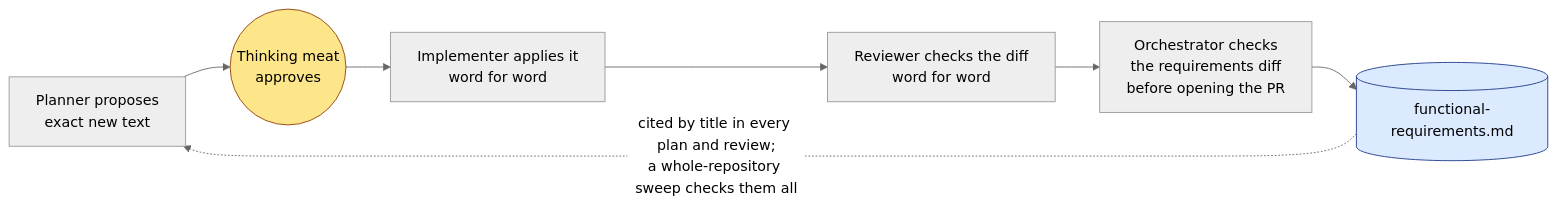
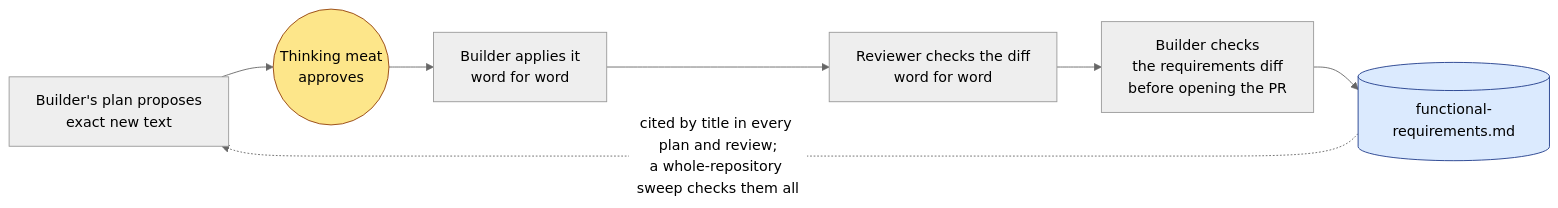
The third of 5 diagrams in .claude/skills/README.md (kkestell/ox), drawn with Mermaid (neutral theme) before and after one commit. The commit also changed other lines of this file and 6 other files, not shown here.

First line of the commit message:
Plan and implement in the top-level session, and review only what needs it (#120)

````diff
--- a/.claude/skills/README.md
+++ b/.claude/skills/README.md
@@ -80,14 +71,14 @@
 ```mermaid
 flowchart LR
-    Plan["Planner proposes<br/>exact new text"] --> You(("Thinking meat<br/>approves"))
-    You --> Work["Implementer applies it<br/>word for word"]
+    Plan["Builder's plan proposes<br/>exact new text"] --> You(("Thinking meat<br/>approves"))
+    You --> Work["Builder applies it<br/>word for word"]
     Work --> Review["Reviewer checks the diff<br/>word for word"]
-    Review --> Orch["Orchestrator checks<br/>the requirements diff<br/>before opening the PR"]
+    Review --> Orch["Builder checks<br/>the requirements diff<br/>before opening the PR"]
     Orch --> FR[("functional-requirements.md")]
     FR -. "cited by title in every plan and review;<br/>a whole-repository sweep checks them all" .-> Plan
 
     classDef you fill:#fde68a,stroke:#92400e,color:#000
     classDef doc fill:#dbeafe,stroke:#1e3a8a,color:#000
     class You you
     class FR doc
 ```
````
